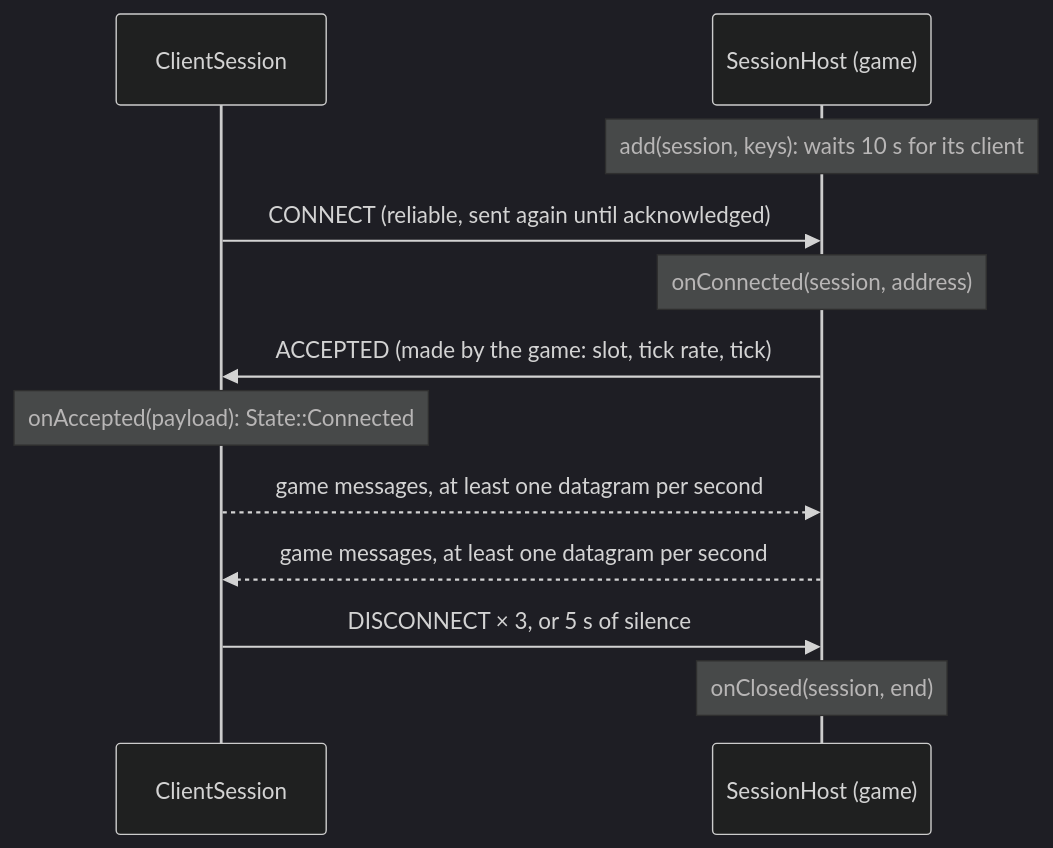
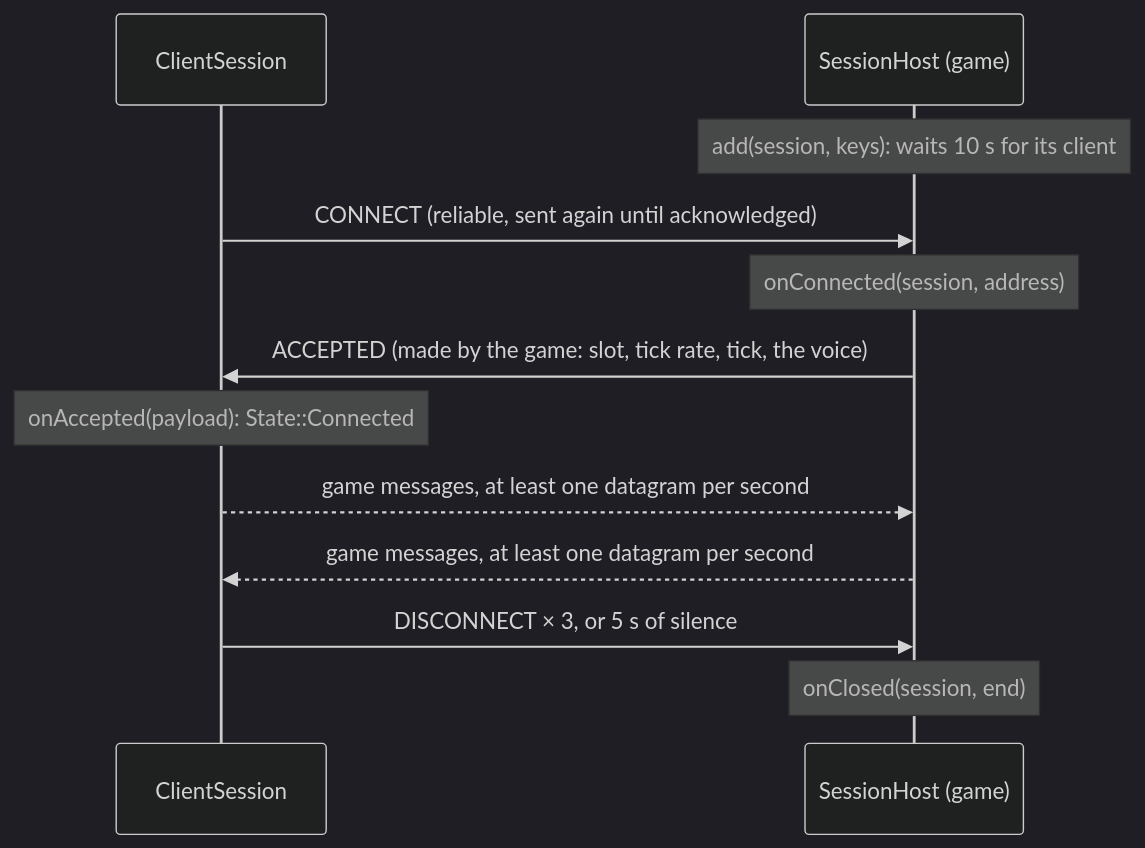
One commit to Akinator31/Rtype changed the second of 2 diagrams in docs/architecture/networking.md. Above: the diagram before and after it, drawn with Mermaid (dark theme). The commit also changed 13 other files, not shown here.

````diff
--- a/docs/architecture/networking.md
+++ b/docs/architecture/networking.md
@@ -575,14 +575,14 @@
 ```mermaid
 sequenceDiagram
     participant C as ClientSession
     participant G as SessionHost (game)
     Note over G: add(session, keys): waits 10 s for its client
     C->>G: CONNECT (reliable, sent again until acknowledged)
     Note over G: onConnected(session, address)
-    G->>C: ACCEPTED (made by the game: slot, tick rate, tick)
+    G->>C: ACCEPTED (made by the game: slot, tick rate, tick, the voice)
     Note over C: onAccepted(payload): State::Connected
     C-->>G: game messages, at least one datagram per second
     G-->>C: game messages, at least one datagram per second
     C->>G: DISCONNECT × 3, or 5 s of silence
     Note over G: onClosed(session, end)
 ```
````
